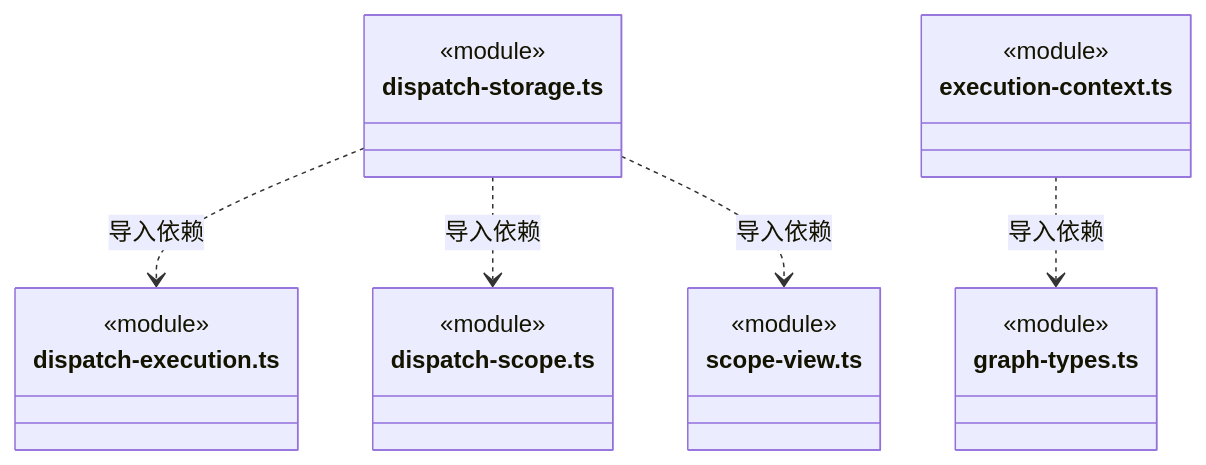
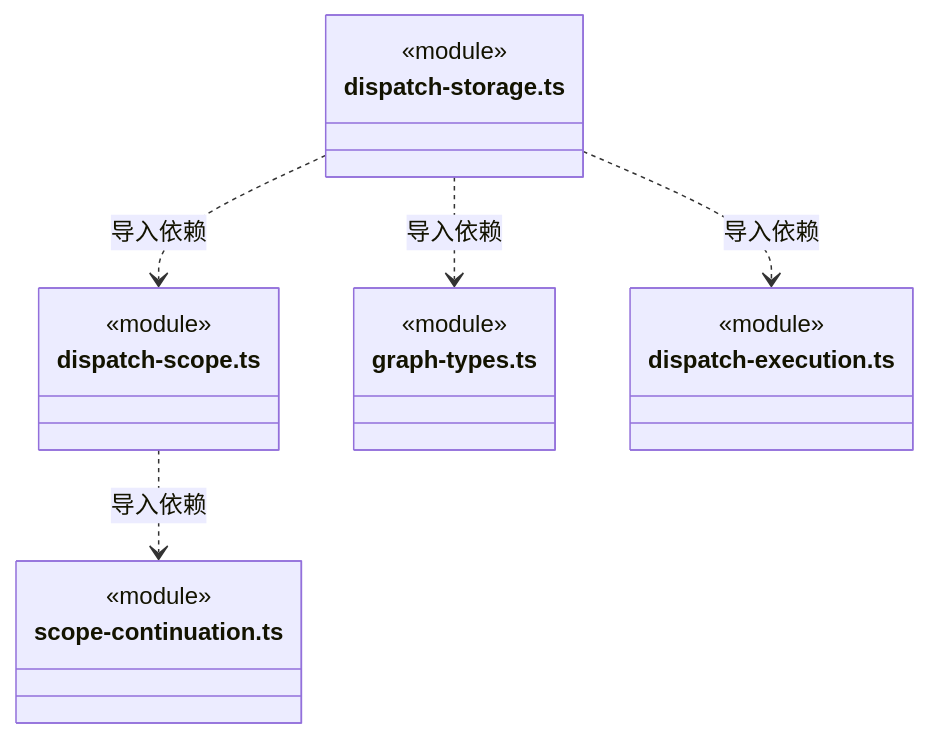
Before and after one commit to nan023062/cbim: diagram 39 of 46 in src/backend/core/tasks/ARCHITECTURE.md, drawn with Mermaid. The commit also changed other lines of this file and 60 other files, not shown here.

````diff
--- a/src/backend/core/tasks/ARCHITECTURE.md
+++ b/src/backend/core/tasks/ARCHITECTURE.md
@@ -959,25 +1002,22 @@
 ```mermaid
 classDiagram
+class N_src_backend_core_tasks_dispatch_scope_ts["dispatch-scope.ts"] {
+  <<module>>
+}
+class N_src_backend_core_tasks_scope_continuation_ts["scope-continuation.ts"] {
+  <<module>>
+}
 class N_src_backend_core_tasks_dispatch_storage_ts["dispatch-storage.ts"] {
+  <<module>>
+}
+class N_src_backend_core_tasks_graph_types_ts["graph-types.ts"] {
   <<module>>
 }
 class N_src_backend_core_tasks_dispatch_execution_ts["dispatch-execution.ts"] {
   <<module>>
 }
-class N_src_backend_core_tasks_dispatch_scope_ts["dispatch-scope.ts"] {
-  <<module>>
-}
-class N_src_backend_core_tasks_scope_view_ts["scope-view.ts"] {
-  <<module>>
-}
-class N_src_backend_core_tasks_execution_context_ts["execution-context.ts"] {
-  <<module>>
-}
-class N_src_backend_core_tasks_graph_types_ts["graph-types.ts"] {
-  <<module>>
-}
+N_src_backend_core_tasks_dispatch_scope_ts ..> N_src_backend_core_tasks_scope_continuation_ts : 导入依赖
+N_src_backend_core_tasks_dispatch_storage_ts ..> N_src_backend_core_tasks_graph_types_ts : 导入依赖
 N_src_backend_core_tasks_dispatch_storage_ts ..> N_src_backend_core_tasks_dispatch_execution_ts : 导入依赖
 N_src_backend_core_tasks_dispatch_storage_ts ..> N_src_backend_core_tasks_dispatch_scope_ts : 导入依赖
-N_src_backend_core_tasks_dispatch_storage_ts ..> N_src_backend_core_tasks_scope_view_ts : 导入依赖
-N_src_backend_core_tasks_execution_context_ts ..> N_src_backend_core_tasks_graph_types_ts : 导入依赖
 ```
````
